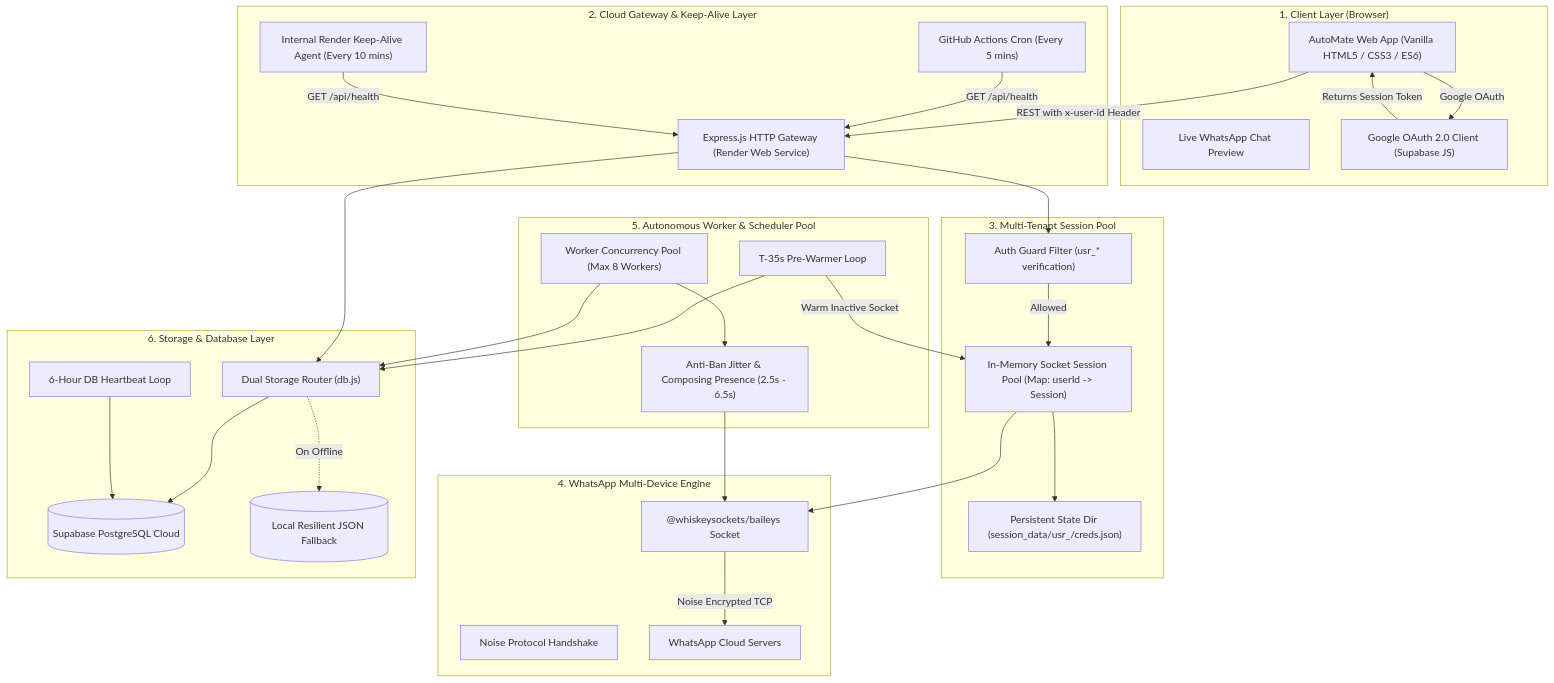
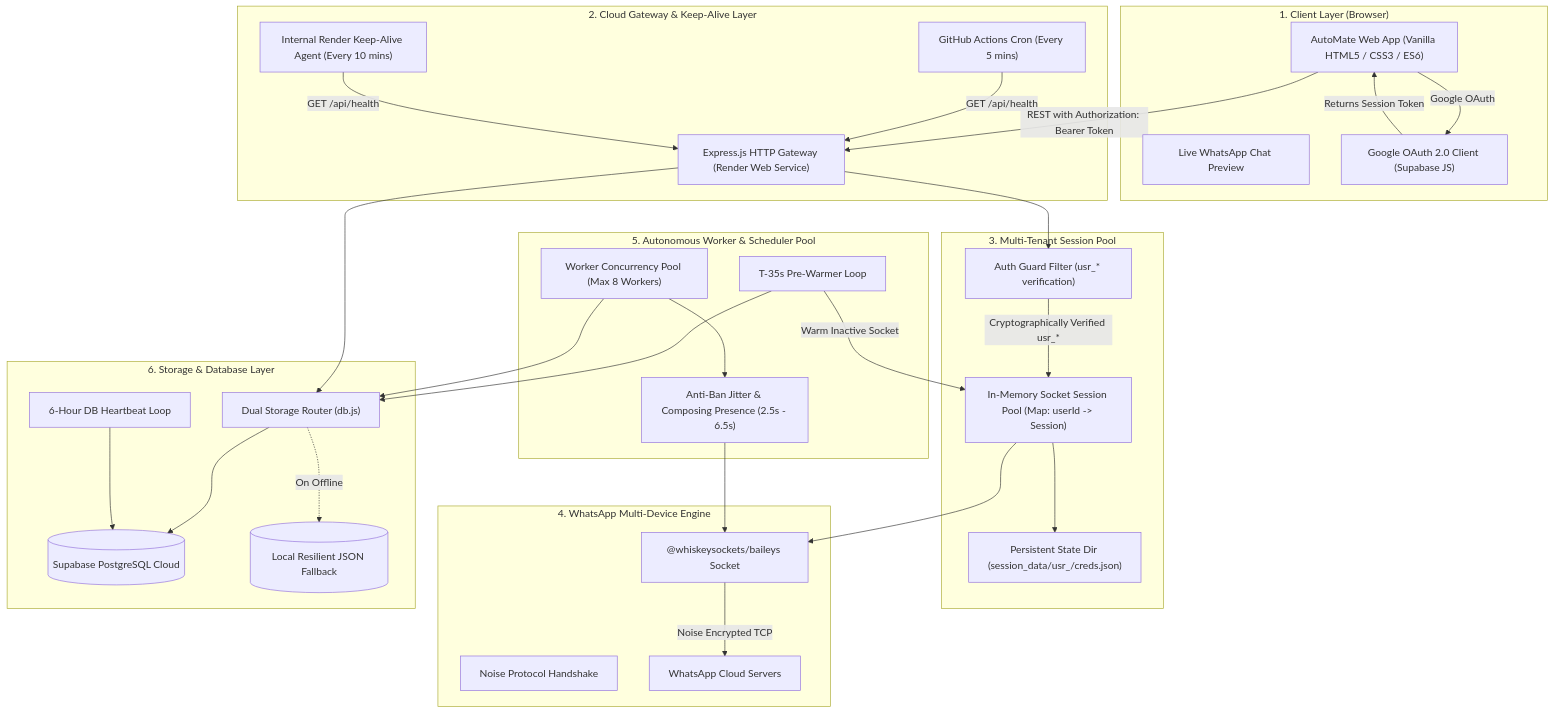
One commit to Aadarsh2021/Whatsapp-Automation-and-bulk-message-sender changed the first of 2 diagrams in docs/SYSTEM_ARCHITECTURE.md. Above: the diagram before and after it, drawn with Mermaid. The commit also changed other lines of this file and 8 other files, not shown here.

````diff
--- a/docs/SYSTEM_ARCHITECTURE.md
+++ b/docs/SYSTEM_ARCHITECTURE.md
@@ -24,62 +24,62 @@
 ```mermaid
 graph TD
     subgraph ClientLayer ["1. Client Layer (Browser)"]
         UI["AutoMate Web App (Vanilla HTML5 / CSS3 / ES6)"]
         ChatMockup["Live WhatsApp Chat Preview"]
         OAuthModal["Google OAuth 2.0 Client (Supabase JS)"]
     end
 
     subgraph EdgeLayer ["2. Cloud Gateway & Keep-Alive Layer"]
         GH["GitHub Actions Cron (Every 5 mins)"]
         RenderPing["Internal Render Keep-Alive Agent (Every 10 mins)"]
         API["Express.js HTTP Gateway (Render Web Service)"]
     end
 
     subgraph AuthAndTenant ["3. Multi-Tenant Session Pool"]
         AuthFilter["Auth Guard Filter (usr_* verification)"]
         SessionPool["In-Memory Socket Session Pool (Map: userId -> Session)"]
         DiskStore["Persistent State Dir (session_data/usr_<id>/creds.json)"]
     end
 
     subgraph EngineLayer ["4. WhatsApp Multi-Device Engine"]
         Baileys["@whiskeysockets/baileys Socket"]
         NoiseProtocol["Noise Protocol Handshake"]
         WAOfficial["WhatsApp Cloud Servers"]
     end
 
     subgraph SchedulerLayer ["5. Autonomous Worker & Scheduler Pool"]
         PreWarmer["T-35s Pre-Warmer Loop"]
         WorkerPool["Worker Concurrency Pool (Max 8 Workers)"]
         JitterFilter["Anti-Ban Jitter & Composing Presence (2.5s - 6.5s)"]
     end
 
     subgraph PersistenceLayer ["6. Storage & Database Layer"]
         DBRouter["Dual Storage Router (db.js)"]
         SupabaseDB[("Supabase PostgreSQL Cloud")]
         LocalFallback[("Local Resilient JSON Fallback")]
         SBKeepAlive["6-Hour DB Heartbeat Loop"]
     end
 
     UI -->|Google OAuth| OAuthModal
     OAuthModal -->|Returns Session Token| UI
-    UI -->|REST with x-user-id Header| API
+    UI -->|REST with Authorization: Bearer Token| API
     GH -->|GET /api/health| API
     RenderPing -->|GET /api/health| API
 
     API --> AuthFilter
-    AuthFilter -->|Allowed| SessionPool
+    AuthFilter -->|Cryptographically Verified usr_*| SessionPool
     SessionPool --> DiskStore
     SessionPool --> Baileys
     Baileys -->|Noise Encrypted TCP| WAOfficial
 
     API --> DBRouter
     DBRouter --> SupabaseDB
     DBRouter -.->|On Offline| LocalFallback
     SBKeepAlive --> SupabaseDB
 
     PreWarmer --> DBRouter
     PreWarmer -->|Warm Inactive Socket| SessionPool
     WorkerPool --> DBRouter
     WorkerPool --> JitterFilter
     JitterFilter --> Baileys
 ```
````
